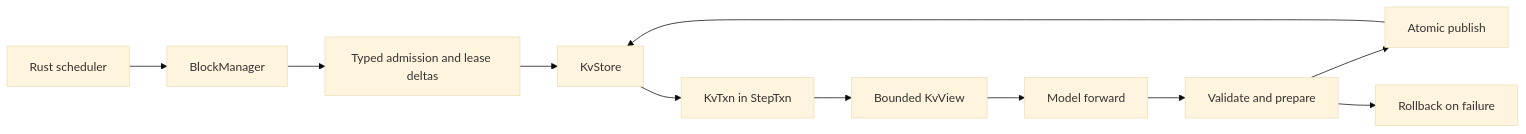
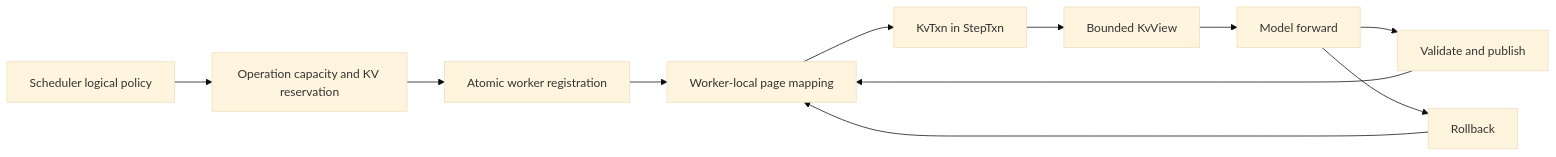
The diagram in docs/kv-cache-management.md (hao-ai-lab/uniserve), drawn with Mermaid (base theme) before and after one commit. The commit also changed other lines of this file and 27 other files, not shown here.

````diff
--- a/docs/kv-cache-management.md
+++ b/docs/kv-cache-management.md
@@ -21,13 +23,13 @@
 ```mermaid
 flowchart LR
-    S["Rust scheduler"] --> B["BlockManager"]
-    B --> W["Typed admission and lease deltas"]
-    W --> K["KvStore"]
-    K --> T["KvTxn in StepTxn"]
+    S["Scheduler logical policy"] --> O["Operation capacity and KV reservation"]
+    O --> R["Atomic worker registration"]
+    R --> M["Worker-local page mapping"]
+    M --> T["KvTxn in StepTxn"]
     T --> V["Bounded KvView"]
     V --> F["Model forward"]
-    F --> P["Validate and prepare"]
-    P --> C["Atomic publish"]
-    P --> R["Rollback on failure"]
-    C --> K
+    F --> C["Validate and publish"]
+    F --> B["Rollback"]
+    C --> M
+    B --> M
 ```
````
